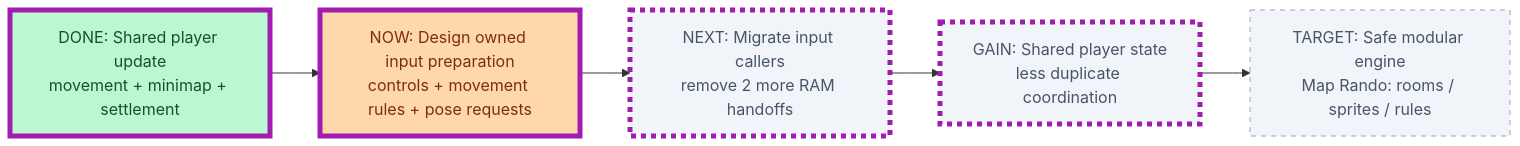
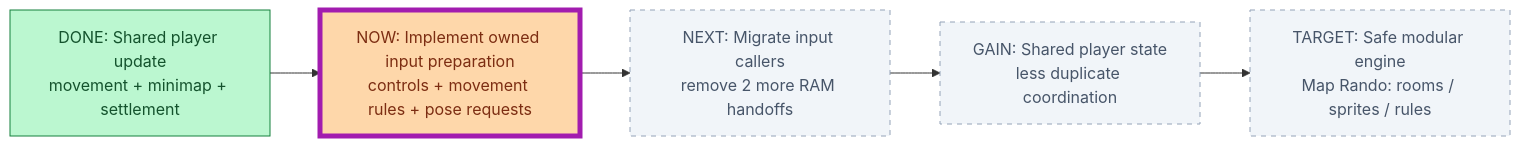
Before and after one commit to JimLundin/sm-decomp: the first of 28 diagrams in PROGRESS.md, drawn with Mermaid. The commit also changed other lines of this file and 1 other file, not shown here.

First line of the commit message:
Show parallel input implementation and frozen ownership contract

````diff
--- a/PROGRESS.md
+++ b/PROGRESS.md
@@ -3,14 +3,14 @@
 ```mermaid
 flowchart LR
     DONE["DONE: Shared player update<br/>movement + minimap + settlement"]:::done
-    NOW["NOW: Design owned input preparation<br/>controls + movement rules + pose requests"]:::active
+    NOW["NOW: Implement owned input preparation<br/>controls + movement rules + pose requests"]:::active
     NEXT["NEXT: Migrate input callers<br/>remove 2 more RAM handoffs"]:::pending
     THEN["GAIN: Shared player state<br/>less duplicate coordination"]:::pending
     TARGET["TARGET: Safe modular engine<br/>Map Rando: rooms / sprites / rules"]:::pending
     DONE --> NOW --> NEXT --> THEN --> TARGET
-    class DONE,NOW,NEXT,THEN changed
+    class NOW changed
     classDef done fill:#bbf7d0,stroke:#15803d,color:#14532d
     classDef active fill:#fed7aa,stroke:#ea580c,color:#7c2d12
     classDef pending fill:#f1f5f9,stroke:#94a3b8,color:#475569,stroke-dasharray:5 5
     classDef changed stroke:#a21caf,stroke-width:5px
 ```
````
